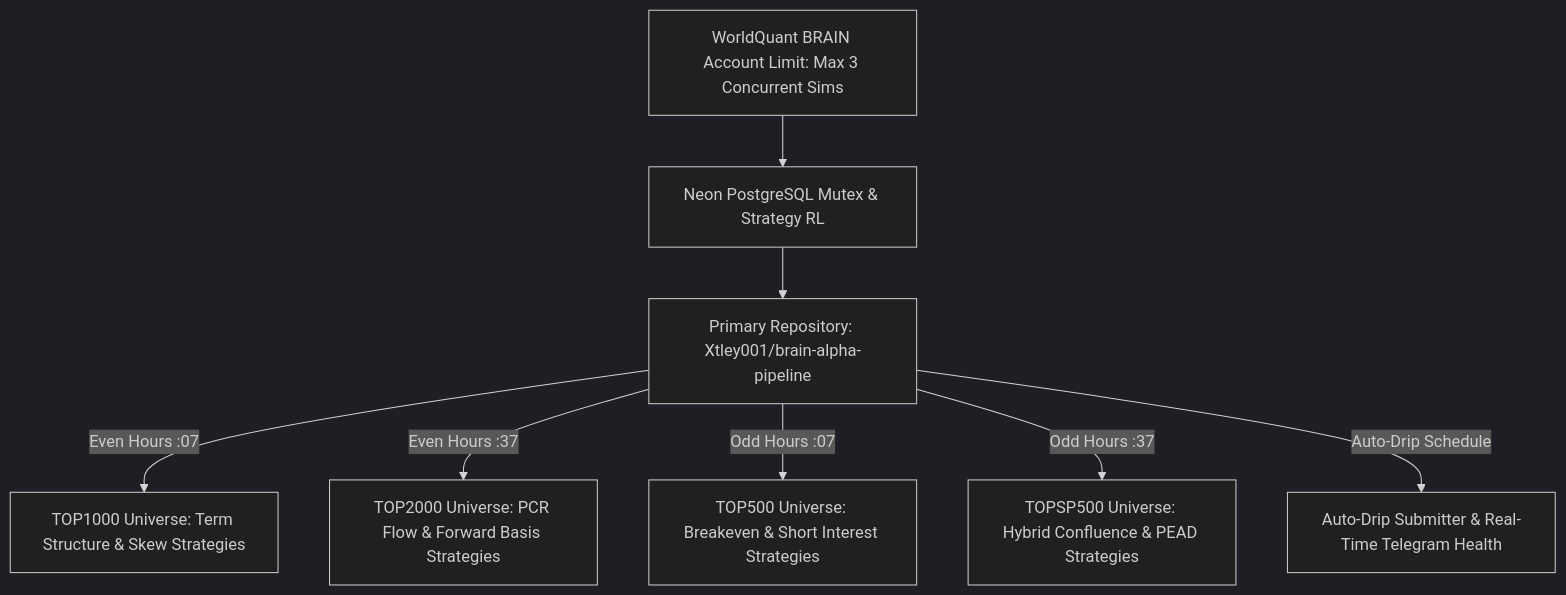
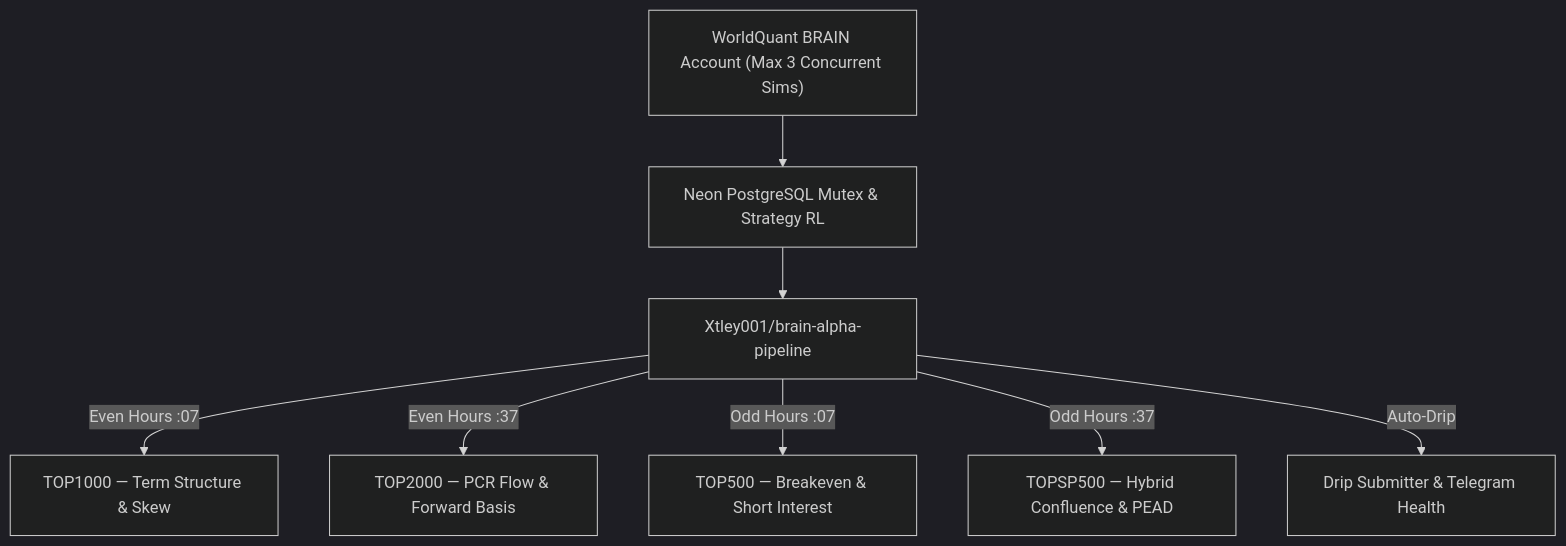
One commit to Xtley001/brain-alpha-pipeline changed the diagram in docs/MASTER_SCALE_ROADMAP_500_ALPHAS.md. Above: the diagram before and after it, drawn with Mermaid (dark theme). The commit also changed other lines of this file and 22 other files, not shown here.

````diff
--- a/docs/MASTER_SCALE_ROADMAP_500_ALPHAS.md
+++ b/docs/MASTER_SCALE_ROADMAP_500_ALPHAS.md
@@ -101,12 +90,10 @@
 ```mermaid
 graph TD
-    A[WorldQuant BRAIN Account Limit: Max 3 Concurrent Sims] --> B[Neon PostgreSQL Mutex & Strategy RL]
-    
-    B --> C[Primary Repository: Xtley001/brain-alpha-pipeline]
-    
-    C -->|Even Hours :07| D[TOP1000 Universe: Term Structure & Skew Strategies]
-    C -->|Even Hours :37| E[TOP2000 Universe: PCR Flow & Forward Basis Strategies]
-    C -->|Odd Hours :07| F[TOP500 Universe: Breakeven & Short Interest Strategies]
-    C -->|Odd Hours :37| G[TOPSP500 Universe: Hybrid Confluence & PEAD Strategies]
-    C -->|Auto-Drip Schedule| H[Auto-Drip Submitter & Real-Time Telegram Health]
+    A["WorldQuant BRAIN Account (Max 3 Concurrent Sims)"] --> B[Neon PostgreSQL Mutex & Strategy RL]
+    B --> C[Xtley001/brain-alpha-pipeline]
+    C -->|Even Hours :07| D[TOP1000 — Term Structure & Skew]
+    C -->|Even Hours :37| E[TOP2000 — PCR Flow & Forward Basis]
+    C -->|Odd Hours :07| F[TOP500 — Breakeven & Short Interest]
+    C -->|Odd Hours :37| G[TOPSP500 — Hybrid Confluence & PEAD]
+    C -->|Auto-Drip| H[Drip Submitter & Telegram Health]
 ```
````
